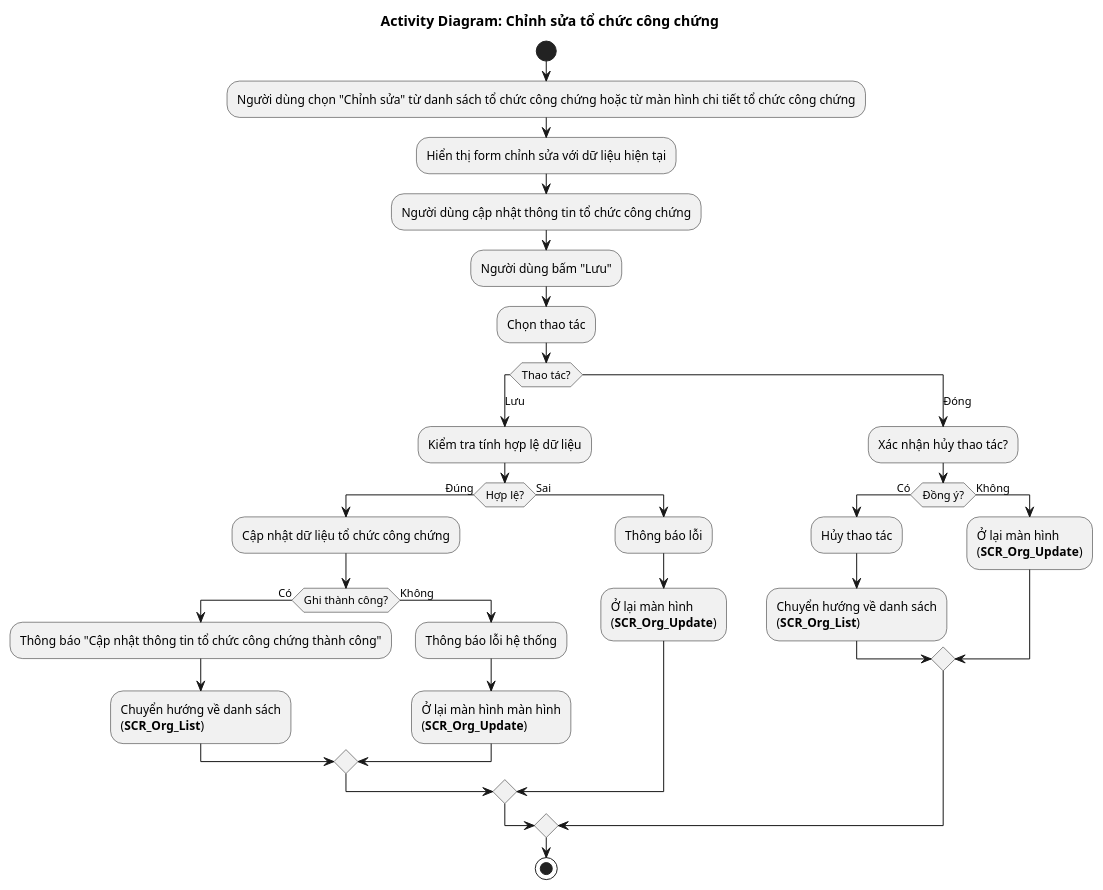
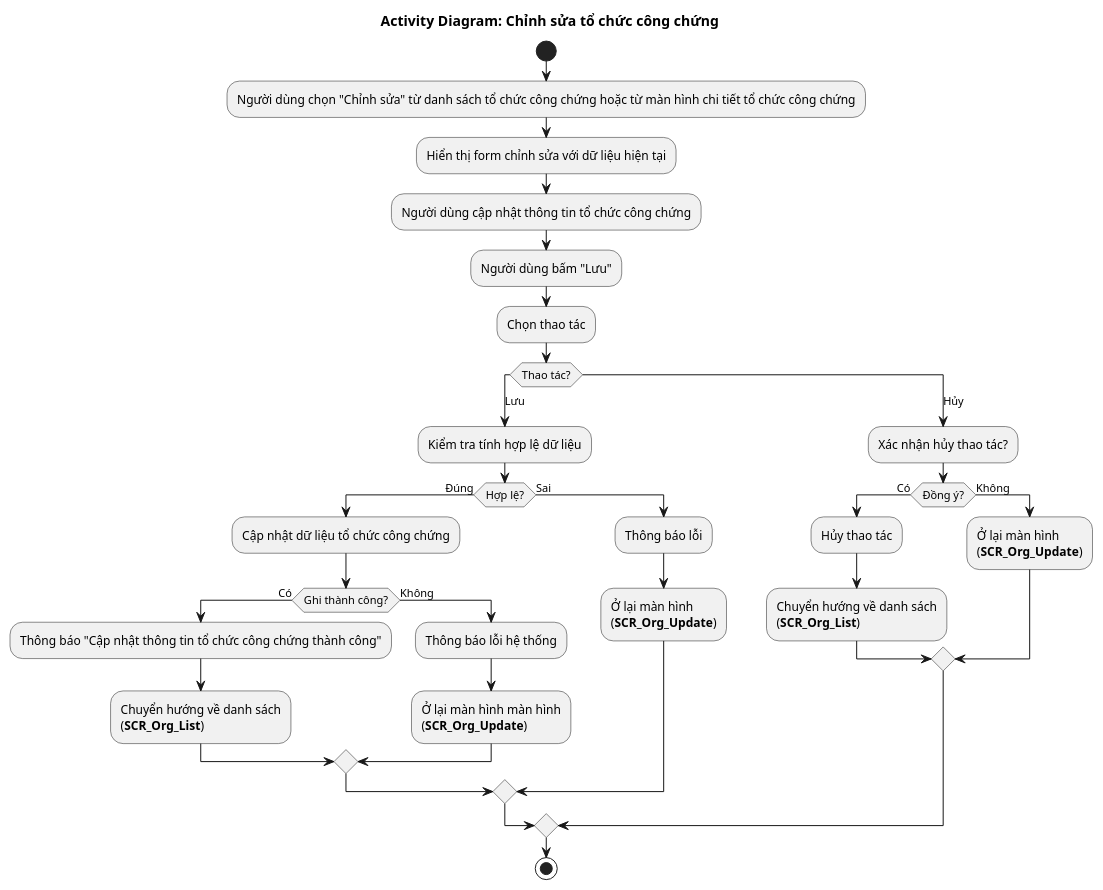
The diagram in ba/[NDS-E-00016] Quản lý tổ chức hành nghề công chứng/4.usecases/[NDS-U-00021] ChinhSua/AD_Org_Update.puml (phuongpm23/nds-docs-test), drawn with PlantUML before and after one commit. The commit also changed 39 other files, not shown here.

```diff
--- a/ba/[NDS-E-00016] Quản lý tổ chức hành nghề công chứng/4.usecases/[NDS-U-00021] ChinhSua/AD_Org_Update.puml
+++ b/ba/[NDS-E-00016] Quản lý tổ chức hành nghề công chứng/4.usecases/[NDS-U-00021] ChinhSua/AD_Org_Update.puml
@@ -1,36 +1,36 @@
 @startuml AD_Org_Update
 title Activity Diagram: Chỉnh sửa tổ chức công chứng
 
 start
 :Người dùng chọn "Chỉnh sửa" từ danh sách tổ chức công chứng hoặc từ màn hình chi tiết tổ chức công chứng;
 :Hiển thị form chỉnh sửa với dữ liệu hiện tại;
 :Người dùng cập nhật thông tin tổ chức công chứng;
 :Người dùng bấm "Lưu";
 :Chọn thao tác;
   switch (Thao tác?)
     case (Lưu)
       :Kiểm tra tính hợp lệ dữ liệu;
       if (Hợp lệ?) then (Đúng)
         :Cập nhật dữ liệu tổ chức công chứng;
           if (Ghi thành công?) then (Có)
             :Thông báo "Cập nhật thông tin tổ chức công chứng thành công";
             :Chuyển hướng về danh sách\n(**SCR_Org_List**);
           else (Không)
             :Thông báo lỗi hệ thống;
             :Ở lại màn hình màn hình\n(**SCR_Org_Update**);
           endif
       else (Sai)
         :Thông báo lỗi;
         :Ở lại màn hình\n(**SCR_Org_Update**);
       endif
-    case (Đóng)
+    case (Hủy)
       :Xác nhận hủy thao tác?;
       if (Đồng ý?) then (Có)
         :Hủy thao tác;
         :Chuyển hướng về danh sách\n(**SCR_Org_List**);
       else (Không)
         :Ở lại màn hình\n(**SCR_Org_Update**);
       endif
   endswitch
   stop
 @enduml
```
